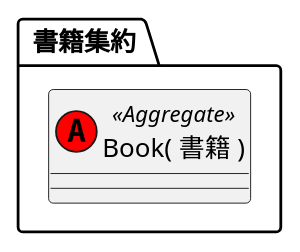
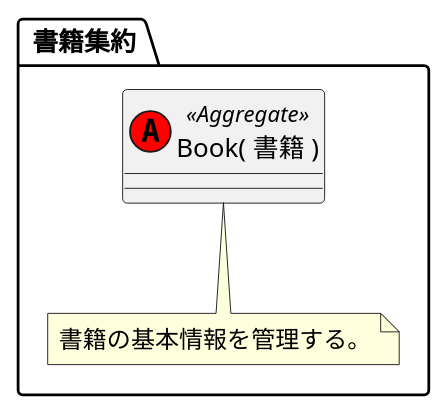
Before and after one commit to mendelssohnbach/CatalogService: the diagram in Domain/models/Book/Book.pu, drawn with PlantUML. The commit also changed 1 other file, not shown here.

Commit message:
P066 ビジネスルールの具体化

```diff
--- a/Domain/models/Book/Book.pu
+++ b/Domain/models/Book/Book.pu
@@ -1,5 +1,10 @@
 package " 書籍集約 " {
     ' 1. 集約とポリシーの表現
         class "Book( 書籍 )" as Book << (A,red) Aggregate >> {
     }
+
+    ' 2. ビジネスルールの具体化
+    note bottom of Book
+        書籍の基本情報を管理する。
+    end note
 }
```
